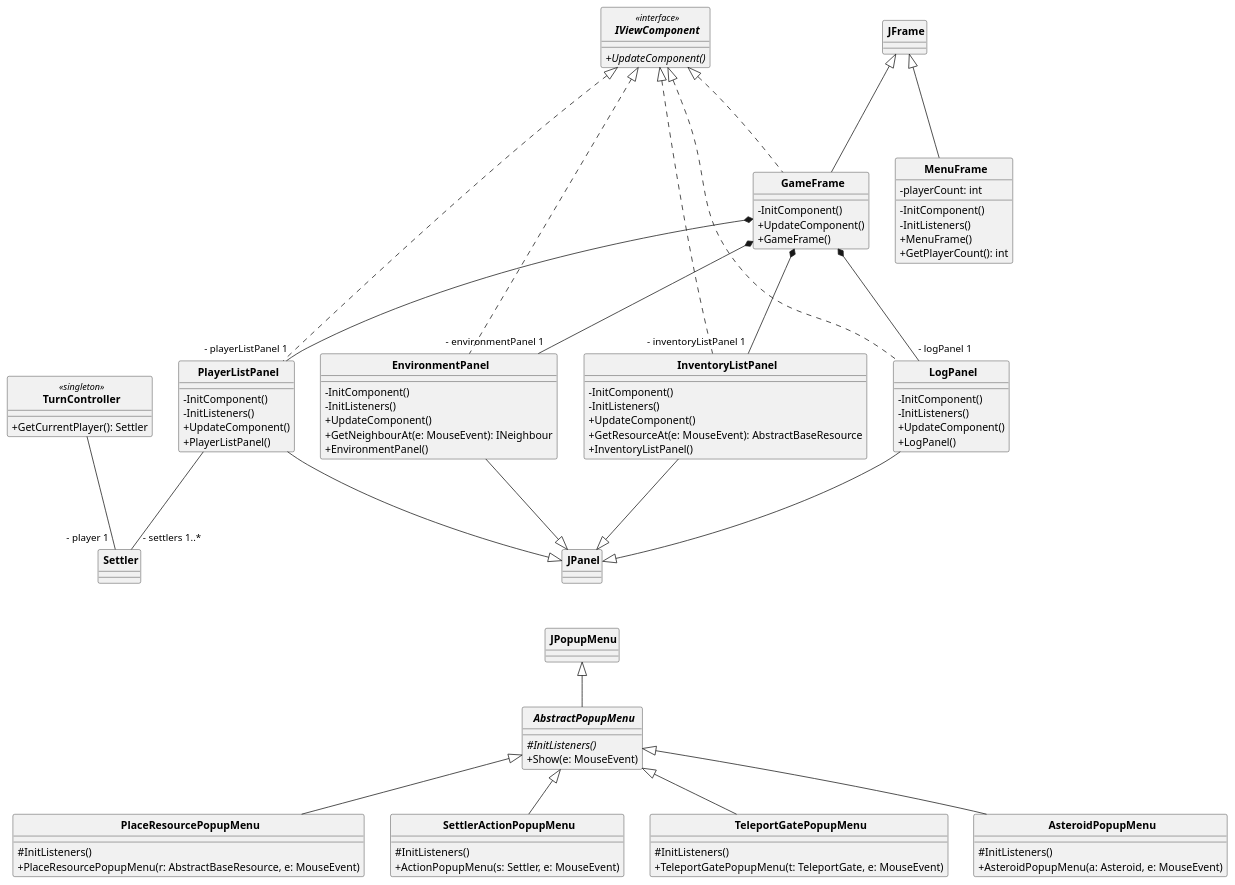
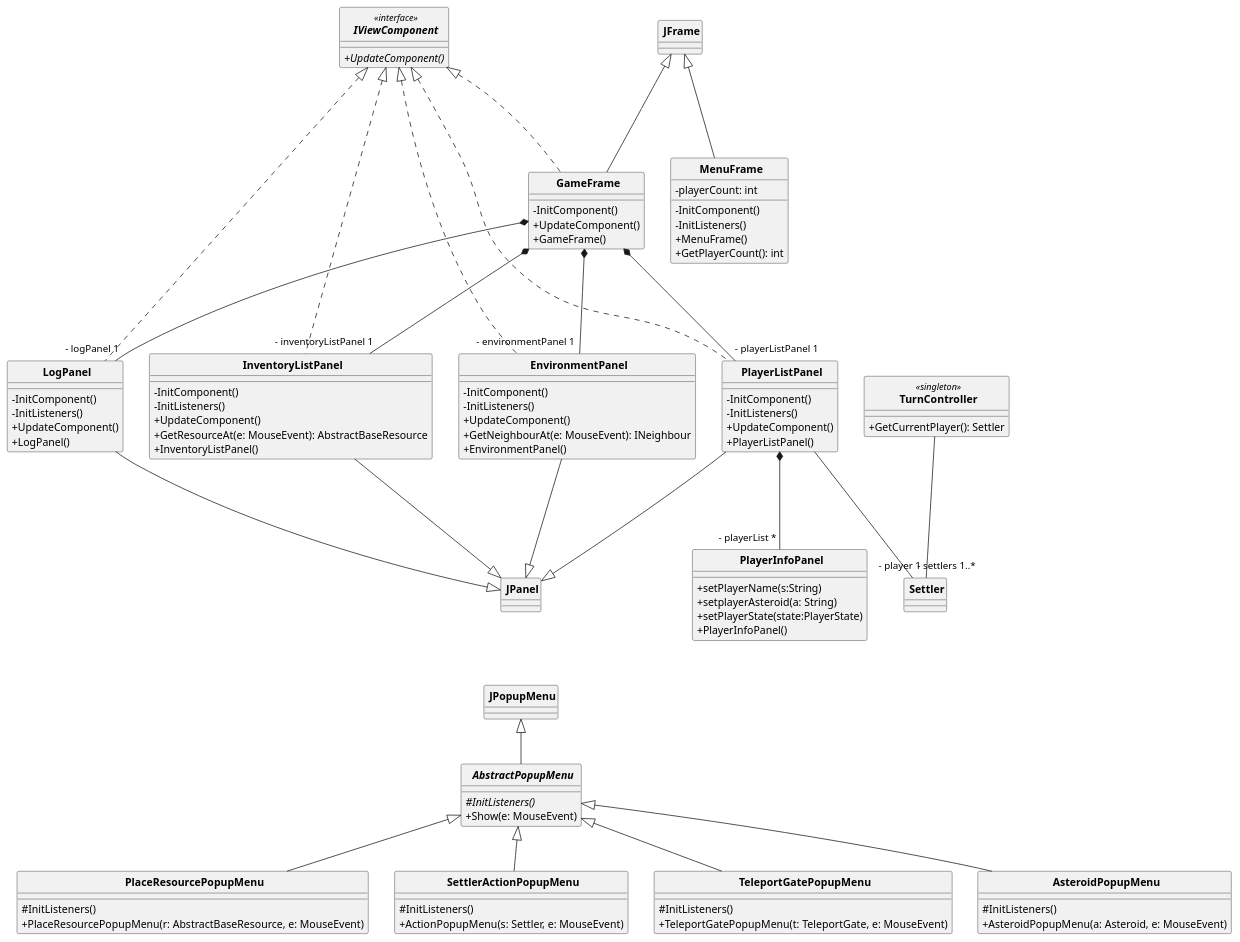
One commit to triszt4n/projlab_holy_oil changed the diagram in uml/class_diagrams/gui_class.plantuml. Above: the diagram before and after it, drawn with PlantUML. The commit also changed 3 other files, not shown here.

Commit message:
PlayerListPanel (#320)

```diff
--- a/uml/class_diagrams/gui_class.plantuml
+++ b/uml/class_diagrams/gui_class.plantuml
@@ -1,130 +1,138 @@
 @startuml classdiagram
 
 skinparam ClassAttributeIconSize 0
 skinparam CircledCharacterRadius 0
 skinparam CircledCharacterFontSize 0
 skinparam ClassFontStyle bold
 
 class JFrame {}
 class JPanel {}
 class JPopupMenu {}
 
 ' package: viewcomponents
 interface IViewComponent << interface >> {
   {abstract} + UpdateComponent()
 }
 
 together {
   class MenuFrame {
     - playerCount: int
     - InitComponent()
     - InitListeners()
     + MenuFrame()
     + GetPlayerCount(): int
   }
 
   class GameFrame {
     - InitComponent()
     + UpdateComponent()
     + GameFrame()
   }
+}
+
+class PlayerInfoPanel{
+  + setPlayerName(s:String)
+  + setplayerAsteroid(a: String)
+  + setPlayerState(state:PlayerState)
+  + PlayerInfoPanel()
 }
 
 together {
   class EnvironmentPanel {
     - InitComponent()
     - InitListeners()
     + UpdateComponent()
     + GetNeighbourAt(e: MouseEvent): INeighbour
     + EnvironmentPanel()
   }
 
   class InventoryListPanel {
     - InitComponent()
     - InitListeners()
     + UpdateComponent()
     + GetResourceAt(e: MouseEvent): AbstractBaseResource
     + InventoryListPanel()
   }
 
   class PlayerListPanel {
     - InitComponent()
     - InitListeners()
     + UpdateComponent()
     + PlayerListPanel()
   }
 
   class LogPanel {
     - InitComponent()
     - InitListeners()
     + UpdateComponent()
     + LogPanel()
   }
 }
 
 abstract class AbstractPopupMenu {
   {abstract}# InitListeners()
   + Show(e: MouseEvent)
 }
 
 together {
   class AsteroidPopupMenu {
     # InitListeners()
     + AsteroidPopupMenu(a: Asteroid, e: MouseEvent)
   }
 
   class TeleportGatePopupMenu {
     # InitListeners()
     + TeleportGatePopupMenu(t: TeleportGate, e: MouseEvent)
   }
 
   class SettlerActionPopupMenu {
     # InitListeners()
     + ActionPopupMenu(s: Settler, e: MouseEvent)
   }
 
   class PlaceResourcePopupMenu {
     # InitListeners()
     + PlaceResourcePopupMenu(r: AbstractBaseResource, e: MouseEvent)
   }
 }
 
 class TurnController << singleton >> {
   + GetCurrentPlayer(): Settler
 }
 
 ' Interface realizations
 GameFrame .up..|> IViewComponent
 EnvironmentPanel .up..|> IViewComponent
 InventoryListPanel .up..|> IViewComponent
 PlayerListPanel .up..|> IViewComponent
 LogPanel .up..|> IViewComponent
 
 ' Inheritance
 GameFrame -up--|> JFrame
 MenuFrame -up--|> JFrame
 
 EnvironmentPanel -down--|> JPanel
 InventoryListPanel -down--|> JPanel
 PlayerListPanel -down--|> JPanel
 LogPanel -down--|> JPanel
 
 AbstractPopupMenu -up-|> JPopupMenu
 AsteroidPopupMenu -up-|> AbstractPopupMenu
 TeleportGatePopupMenu -up-|> AbstractPopupMenu
 SettlerActionPopupMenu -up-|> AbstractPopupMenu
 PlaceResourcePopupMenu -up-|> AbstractPopupMenu
 
 ' This is for better display
 JPopupMenu -[hidden]up-> JPanel
 
 ' Associations
 GameFrame *--- "- environmentPanel 1" EnvironmentPanel
 GameFrame *--- "- inventoryListPanel 1" InventoryListPanel
 GameFrame *--- "- playerListPanel 1" PlayerListPanel
 GameFrame *--- "- logPanel 1" LogPanel
+PlayerListPanel *--- "- playerList *" PlayerInfoPanel
 
 PlayerListPanel --- "- settlers 1..*" Settler
 TurnController --- "- player 1" Settler
 
 @enduml
```
